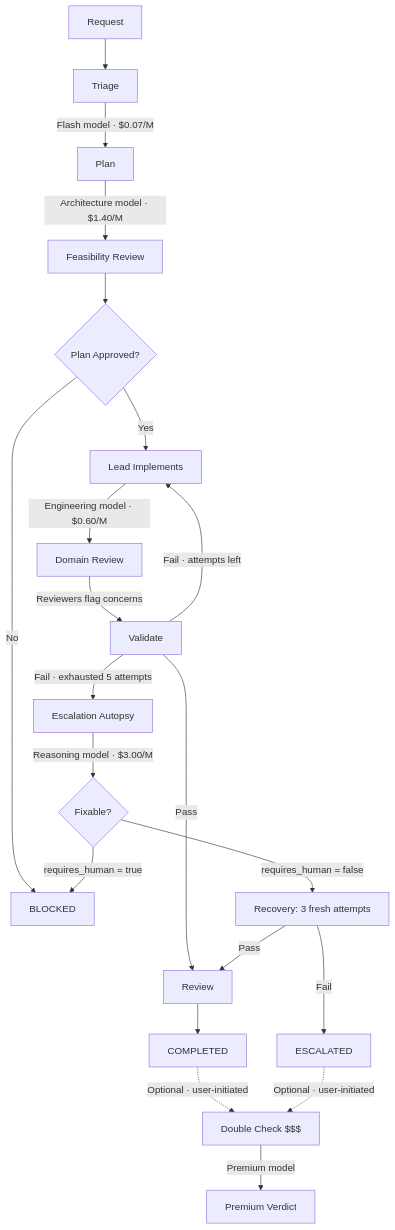
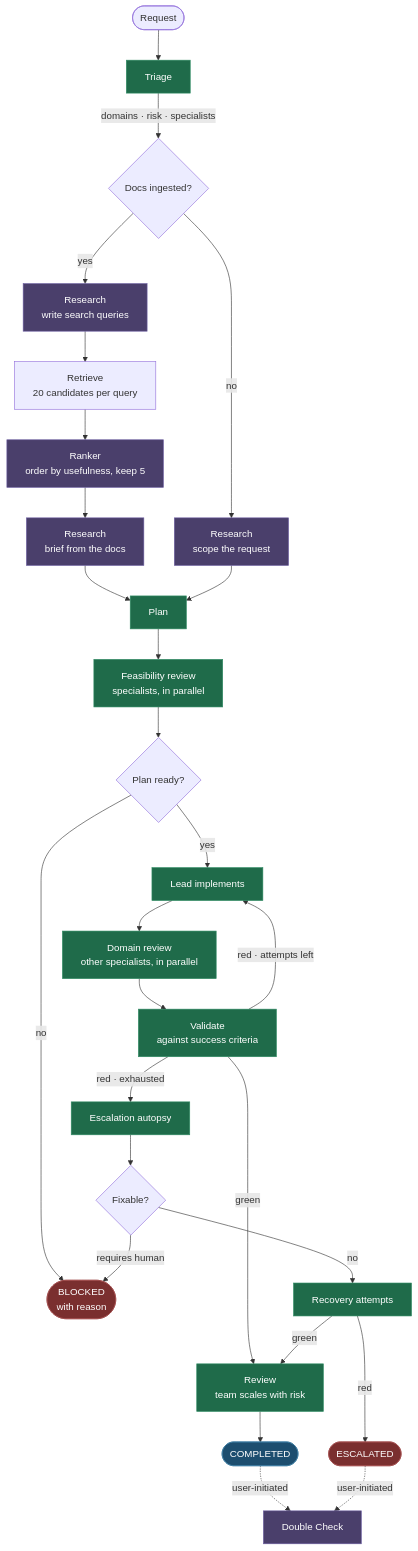
One commit to ohioy000/autornd-os changed the diagram in README.md. Above: the diagram before and after it, drawn with Mermaid. The commit also changed other lines of this file and 22 other files, not shown here.

````diff
--- a/README.md
+++ b/README.md
@@ -55,23 +77,43 @@
 ```mermaid
 flowchart TD
-    A[Request] --> B[Triage]
-    B -->|"Flash model · $0.07/M"| C[Plan]
-    C -->|"Architecture model · $1.40/M"| D[Feasibility Review]
-    D --> E{Plan Approved?}
-    E -->|No| F[BLOCKED]
-    E -->|Yes| G["Lead Implements"]
-    G -->|"Engineering model · $0.60/M"| G2["Domain Review"]
-    G2 -->|"Reviewers flag concerns"| H[Validate]
-    H -->|Pass| I[Review]
-    H -->|Fail · attempts left| G
-    H -->|"Fail · exhausted 5 attempts"| J[Escalation Autopsy]
-    J -->|"Reasoning model · $3.00/M"| K{Fixable?}
-    K -->|"requires_human = true"| F
-    K -->|"requires_human = false"| L["Recovery: 3 fresh attempts"]
-    L -->|Pass| I
-    L -->|Fail| M[ESCALATED]
-    I --> N[COMPLETED]
-    N -.->|"Optional · user-initiated"| O["Double Check $$$"]
-    O -->|"Premium model"| P["Premium Verdict"]
-    M -.->|"Optional · user-initiated"| O
+    A([Request]) --> B[Triage]
+    B -->|domains · risk · specialists| CTX{Docs ingested?}
+
+    CTX -->|yes| Q[Research<br/>write search queries]
+    Q --> RET[Retrieve<br/>20 candidates per query]
+    RET --> RK[Ranker<br/>order by usefulness, keep 5]
+    RK --> BR[Research<br/>brief from the docs]
+    CTX -->|no| SC[Research<br/>scope the request]
+
+    BR --> C[Plan]
+    SC --> C
+    C --> FE[Feasibility review<br/>specialists, in parallel]
+    FE --> E{Plan ready?}
+    E -->|no| F([BLOCKED<br/>with reason])
+
+    E -->|yes| G[Lead implements]
+    G --> G2[Domain review<br/>other specialists, in parallel]
+    G2 --> H[Validate<br/>against success criteria]
+    H -->|green| I[Review<br/>team scales with risk]
+    H -->|red · attempts left| G
+    H -->|red · exhausted| J[Escalation autopsy]
+
+    J --> K{Fixable?}
+    K -->|requires human| F
+    K -->|no| L[Recovery attempts]
+    L -->|green| I
+    L -->|red| M([ESCALATED])
+
+    I --> N([COMPLETED])
+    N -.->|user-initiated| O[Double Check]
+    M -.->|user-initiated| O
+
+    classDef req fill:#1f6b4a,stroke:#2f8b63,color:#fff
+    classDef opt fill:#4a3f6b,stroke:#6b5da0,color:#fff
+    classDef stop fill:#7a2f2f,stroke:#a04a4a,color:#fff
+    classDef done fill:#1d4e6f,stroke:#3a7ba0,color:#fff
+    class B,C,G,G2,H,I,FE,J,L req
+    class Q,RK,BR,SC,O opt
+    class F,M stop
+    class N done
 ```
````
